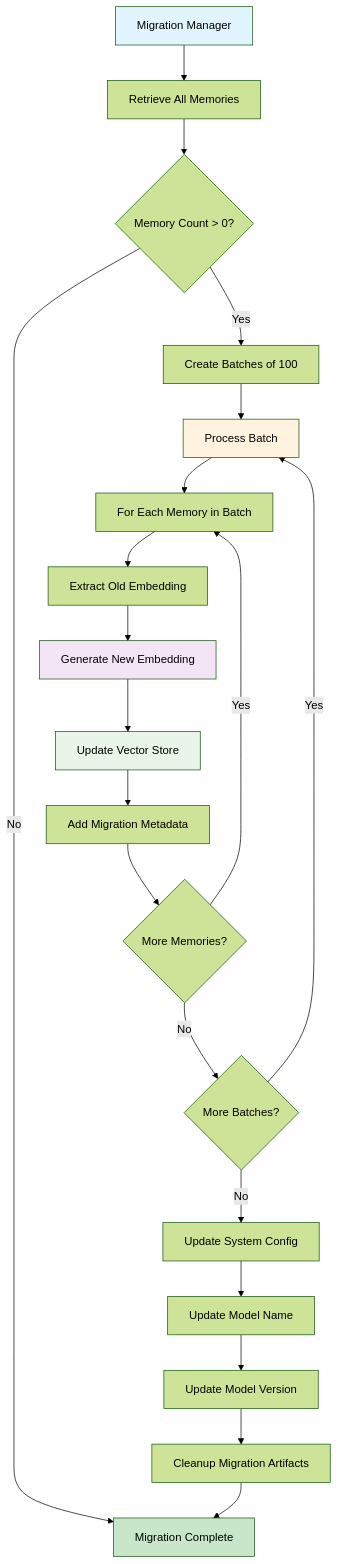
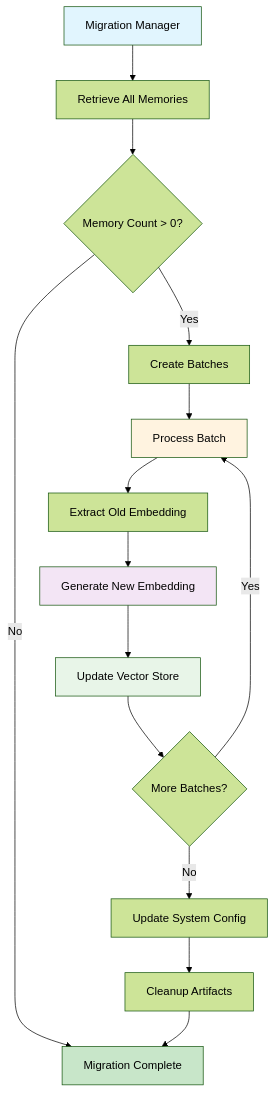
Before and after one commit to varunsaagar/mem0: the seventh of 15 diagrams in mem0_graph_flow_analysis.md, drawn with Mermaid (forest theme). The commit also changed other lines of this file, not shown here.

Commit message:
Refactor memory flow diagrams for clarity and simplification

````diff
--- a/mem0_graph_flow_analysis.md
+++ b/mem0_graph_flow_analysis.md
@@ -628,30 +581,25 @@
 ```mermaid
 graph TD
     A[Migration Manager] --> B[Retrieve All Memories]
     B --> C{Memory Count > 0?}
-    C -->|Yes| D[Create Batches of 100]
+    C -->|Yes| D[Create Batches]
     C -->|No| E[Migration Complete]
     
     D --> F[Process Batch]
-    F --> G[For Each Memory in Batch]
-    G --> H[Extract Old Embedding]
-    H --> I[Generate New Embedding]
-    I --> J[Update Vector Store]
-    J --> K[Add Migration Metadata]
-    K --> L{More Memories?}
-    L -->|Yes| G
-    L -->|No| M{More Batches?}
-    M -->|Yes| F
-    M -->|No| N[Update System Config]
+    F --> G[Extract Old Embedding]
+    G --> H[Generate New Embedding]
+    H --> I[Update Vector Store]
+    I --> J{More Batches?}
     
-    N --> O[Update Model Name]
-    O --> P[Update Model Version]
-    P --> Q[Cleanup Migration Artifacts]
-    Q --> E
+    J -->|Yes| F
+    J -->|No| K[Update System Config]
+    
+    K --> L[Cleanup Artifacts]
+    L --> E
     
     style A fill:#e1f5fe
     style E fill:#c8e6c9
     style F fill:#fff3e0
-    style I fill:#f3e5f5
-    style J fill:#e8f5e8
+    style H fill:#f3e5f5
+    style I fill:#e8f5e8
 ```
````
